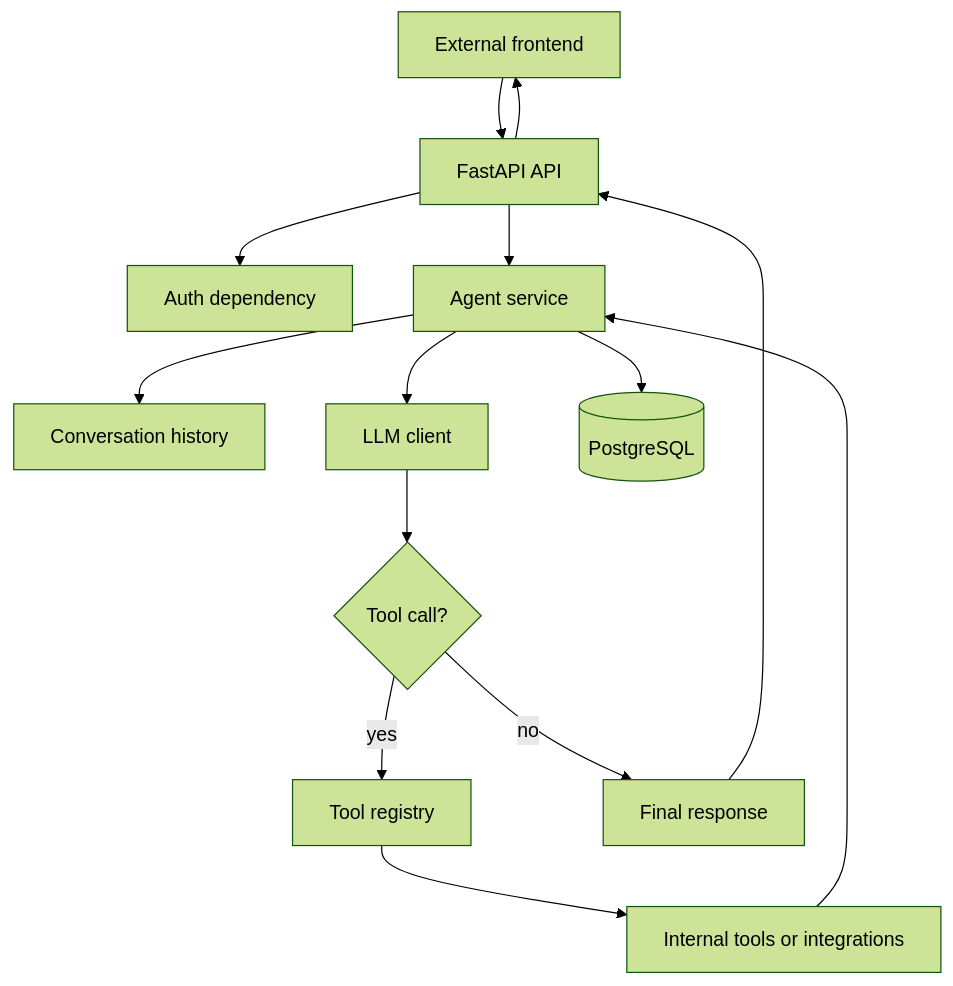
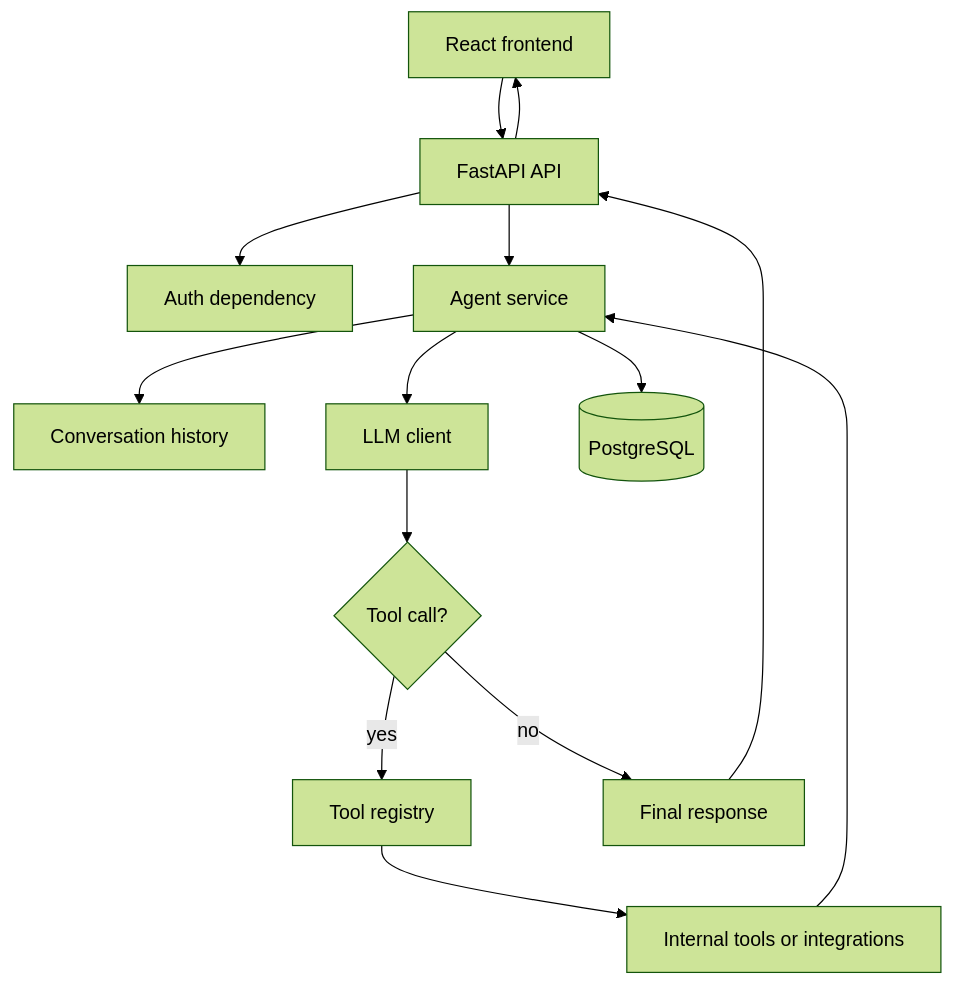
Before and after one commit to ashish39403/AgentHub: the first of 2 diagrams in docs/design.md, drawn with Mermaid (forest theme). The commit also changed other lines of this file and 52 other files, not shown here.

````diff
--- a/docs/design.md
+++ b/docs/design.md
@@ -21,16 +30,16 @@
 ```mermaid
 flowchart TD
-    A[External frontend] --> B[FastAPI API]
+    A[React frontend] --> B[FastAPI API]
     B --> C[Auth dependency]
     B --> D[Agent service]
     D --> E[Conversation history]
     D --> F[LLM client]
     F --> G{Tool call?}
     G -->|yes| H[Tool registry]
     H --> I[Internal tools or integrations]
     I --> D
     G -->|no| J[Final response]
     D --> K[(PostgreSQL)]
     J --> B
     B --> A
 ```
````
